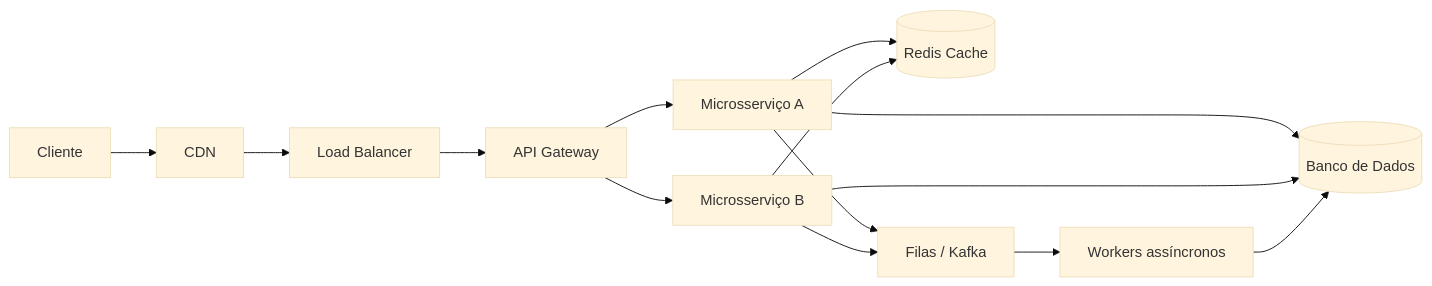
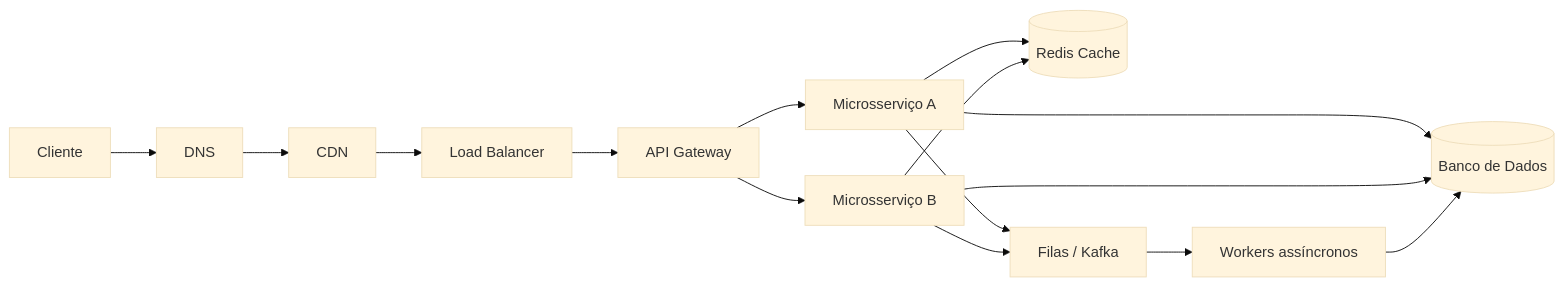
The diagram in notes/system-design/02-arquitetura-de-referencia.md (caramelotech/web-dev-labs), drawn with Mermaid (base theme) before and after one commit. The commit also changed other lines of this file, not shown here.

Commit message:
docs(system-design): add DNS step and references to reference architecture

````diff
--- a/notes/system-design/02-arquitetura-de-referencia.md
+++ b/notes/system-design/02-arquitetura-de-referencia.md
@@ -7,16 +7,17 @@
 ```mermaid
 flowchart LR
-    Client[Cliente] --> CDN[CDN]
+    Client[Cliente] --> DNS[DNS]
+    DNS --> CDN[CDN]
     CDN --> LB[Load Balancer]
     LB --> GW[API Gateway]
     GW --> S1[Microsserviço A]
     GW --> S2[Microsserviço B]
     S1 --> Cache[(Redis Cache)]
     S2 --> Cache
     S1 --> Queue[Filas / Kafka]
     S2 --> Queue
     S1 --> DB[(Banco de Dados)]
     S2 --> DB
     Queue --> Worker[Workers assíncronos]
     Worker --> DB
 ```
````
